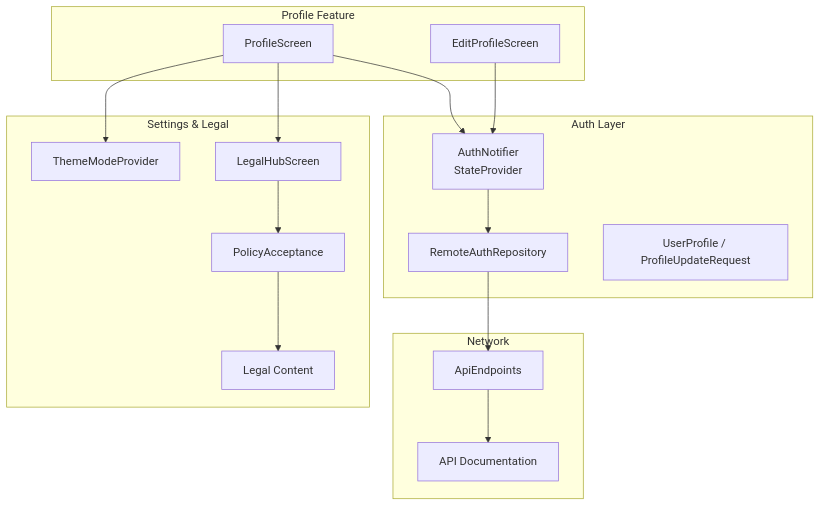
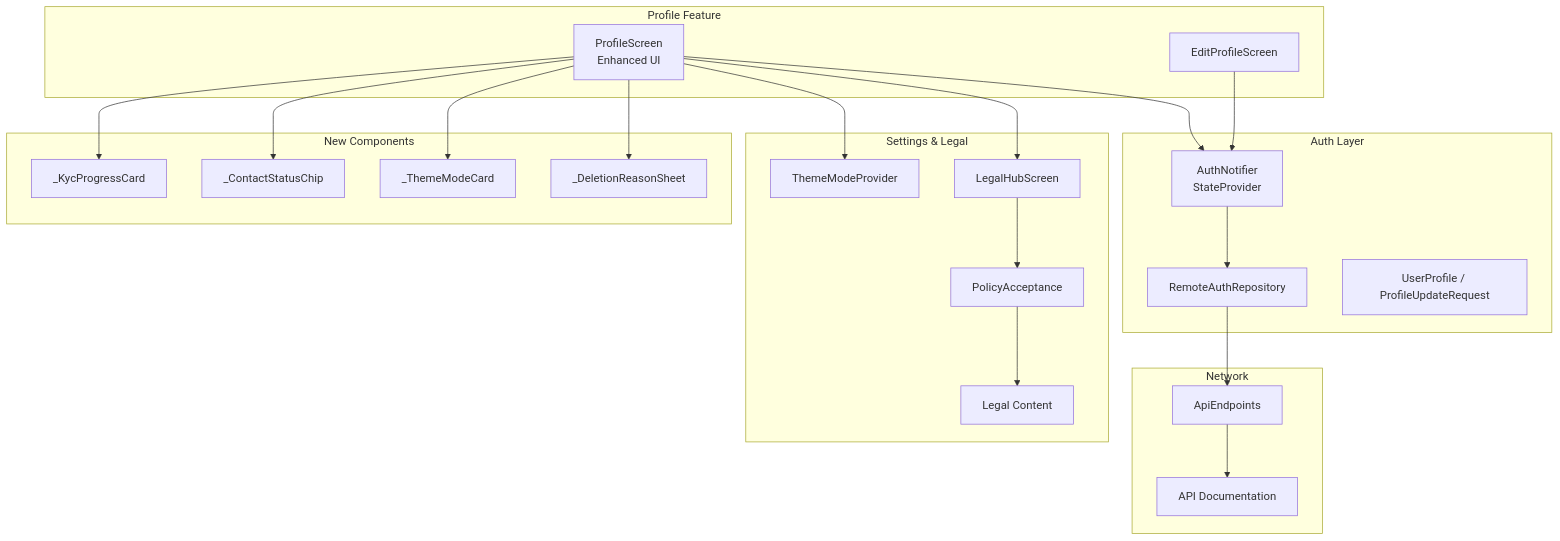
The first of 7 diagrams in .qoder/repowiki/en/content/Profile & Settings.md (Advanstech/Lidapay-shop), drawn with Mermaid before and after one commit. The commit also changed other lines of this file and 174 other files, not shown here.

````diff
--- a/.qoder/repowiki/en/content/Profile & Settings.md
+++ b/.qoder/repowiki/en/content/Profile & Settings.md
@@ -42,31 +52,41 @@
 ```mermaid
 graph TB
 subgraph "Profile Feature"
-PS["ProfileScreen"]
+PS["ProfileScreen<br/>Enhanced UI"]
 EPS["EditProfileScreen"]
 end
 subgraph "Auth Layer"
 AP["AuthNotifier<br/>StateProvider"]
 RR["RemoteAuthRepository"]
 AM["UserProfile / ProfileUpdateRequest"]
 end
 subgraph "Network"
 AE["ApiEndpoints"]
 DOC["API Documentation"]
 end
 subgraph "Settings & Legal"
 TP["ThemeModeProvider"]
 LHS["LegalHubScreen"]
 PA["PolicyAcceptance"]
 LC["Legal Content"]
 end
+subgraph "New Components"
+KYC["_KycProgressCard"]
+VERIF["_ContactStatusChip"]
+THEME["_ThemeModeCard"]
+DELETION["_DeletionReasonSheet"]
+end
 PS --> AP
 EPS --> AP
 AP --> RR
 RR --> AE
 AE --> DOC
 PS --> TP
 PS --> LHS
 LHS --> PA
 PA --> LC
+PS --> KYC
+PS --> VERIF
+PS --> THEME
+PS --> DELETION
 ```
````
